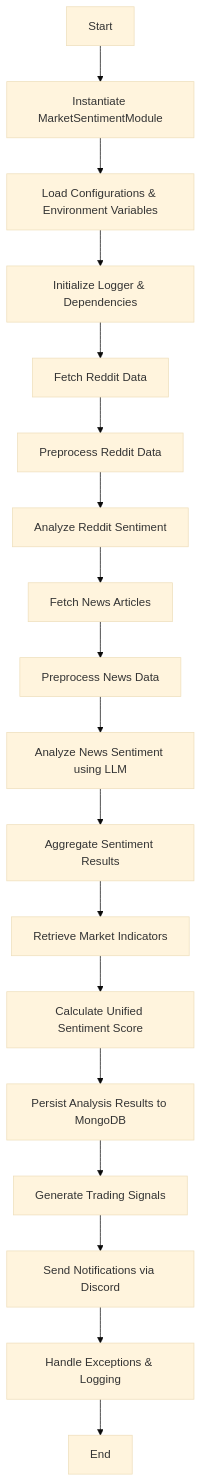
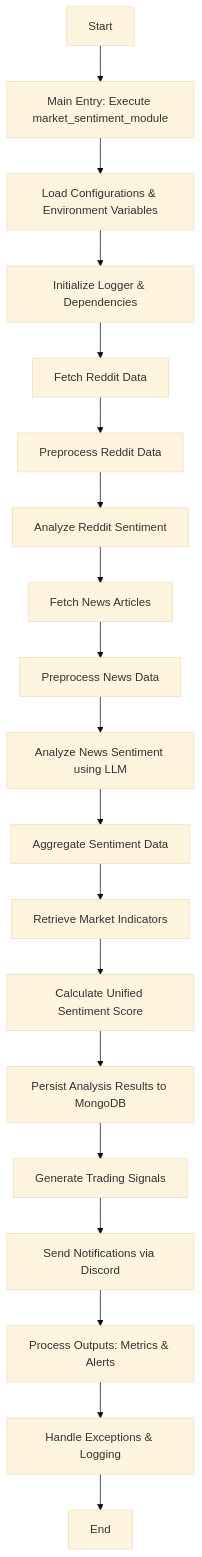
Before and after one commit to B-Lens/Orbit: the diagram in docs/market_sentiment_module_flowchart.md, drawn with Mermaid (base theme).

Commit message:
docs: Update market sentiment module flowchart with main entry points and outputs

````diff
--- a/docs/market_sentiment_module_flowchart.md
+++ b/docs/market_sentiment_module_flowchart.md
@@ -3,20 +3,41 @@
 ```mermaid
 flowchart TD
-    A[Start] --> B[Instantiate MarketSentimentModule]
-    B --> C[Load Configurations & Environment Variables]
-    C --> D[Initialize Logger & Dependencies]
-    D --> E[Fetch Reddit Data]
-    E --> F[Preprocess Reddit Data]
-    F --> G[Analyze Reddit Sentiment]
-    G --> H[Fetch News Articles]
-    H --> I[Preprocess News Data]
-    I --> J[Analyze News Sentiment using LLM]
-    J --> K[Aggregate Sentiment Results]
-    K --> L[Retrieve Market Indicators]
-    L --> M[Calculate Unified Sentiment Score]
-    M --> N[Persist Analysis Results to MongoDB]
-    N --> O[Generate Trading Signals]
-    O --> P[Send Notifications via Discord]
-    P --> Q[Handle Exceptions & Logging]
-    Q --> R[End]
+    A[Start]
+    B[Main Entry: Execute market_sentiment_module]
+    C[Load Configurations & Environment Variables]
+    D[Initialize Logger & Dependencies]
+    E[Fetch Reddit Data]
+    F[Preprocess Reddit Data]
+    G[Analyze Reddit Sentiment]
+    H[Fetch News Articles]
+    I[Preprocess News Data]
+    J[Analyze News Sentiment using LLM]
+    K[Aggregate Sentiment Data]
+    L[Retrieve Market Indicators]
+    M[Calculate Unified Sentiment Score]
+    N[Persist Analysis Results to MongoDB]
+    O[Generate Trading Signals]
+    P[Send Notifications via Discord]
+    Q[Process Outputs: Metrics & Alerts]
+    R[Handle Exceptions & Logging]
+    S[End]
+
+    A --> B
+    B --> C
+    C --> D
+    D --> E
+    E --> F
+    F --> G
+    G --> H
+    H --> I
+    I --> J
+    J --> K
+    K --> L
+    L --> M
+    M --> N
+    N --> O
+    O --> P
+    P --> Q
+    Q --> R
+    R --> S
 ```
````
